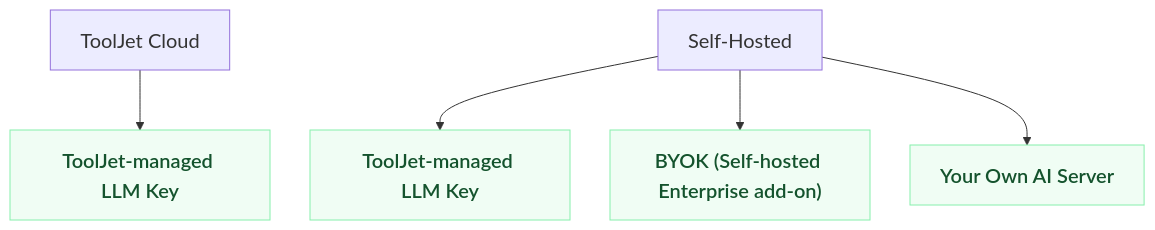
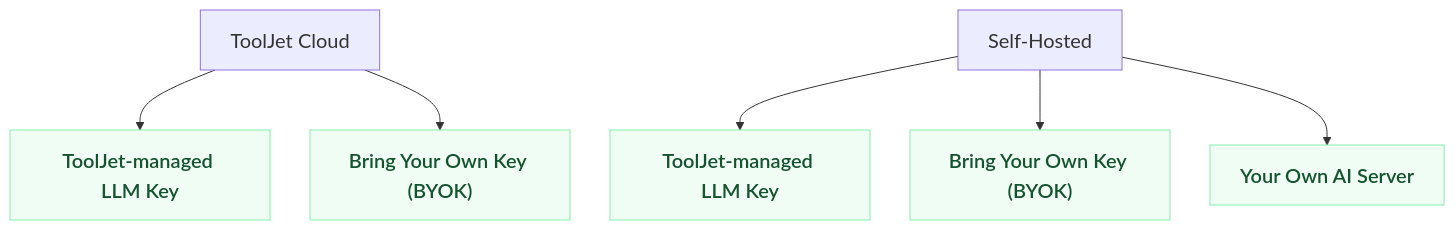
Before and after one commit to ToolJet/ToolJet: the second of 2 diagrams in docs/versioned_docs/version-3.16.0-LTS/setup/tooljet-ai/overview.mdx, drawn with Mermaid. The commit also changed other lines of this file and 7 other files, not shown here.

Commit message:
Correct Enterprise BYOK availability across deployment types

````diff
--- a/docs/versioned_docs/version-3.16.0-LTS/setup/tooljet-ai/overview.mdx
+++ b/docs/versioned_docs/version-3.16.0-LTS/setup/tooljet-ai/overview.mdx
@@ -142,20 +151,22 @@
 ```mermaid
 %%{init: {"flowchart": {"nodeSpacing": 40, "rankSpacing": 60}, "themeVariables": {"fontSize": "20px"}}}%%
 flowchart TD
     Cloud["ToolJet Cloud"]
     Self["Self-Hosted"]
 
     Cloud --> CloudKey["ToolJet-managed LLM Key"]
+    Cloud --> CloudBYOK["Bring Your Own Key (BYOK)"]
 
     Self --> SelfKey["ToolJet-managed LLM Key"]
-    Self --> SelfBYOK["BYOK (Self-hosted Enterprise add-on)"]
+    Self --> SelfBYOK["Bring Your Own Key (BYOK)"]
     Self --> SelfOwn["Your Own AI Server"]
 
     click CloudKey "/docs/setup/tooljet-ai/cloud-with-cloud" "Read the full setup guide"
+    click CloudBYOK "/docs/setup/tooljet-ai/bring-your-own-key" "Read the full setup guide"
     click SelfKey "/docs/setup/tooljet-ai/cloud-with-self-hosted" "Read the full setup guide"
     click SelfBYOK "/docs/setup/tooljet-ai/bring-your-own-key" "Read the full setup guide"
     click SelfOwn "/docs/setup/tooljet-ai/tj-ai-enterprise" "Read the full setup guide"
 
     classDef leaf fill:#f0fdf4,stroke:#86efac,color:#14532d,font-weight:600;
-    class CloudKey,SelfKey,SelfBYOK,SelfOwn leaf;
+    class CloudKey,CloudBYOK,SelfKey,SelfBYOK,SelfOwn leaf;
 ```
````
